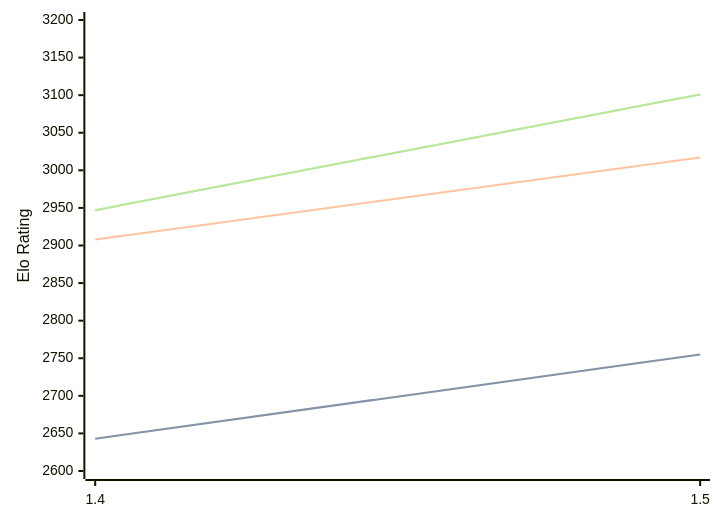
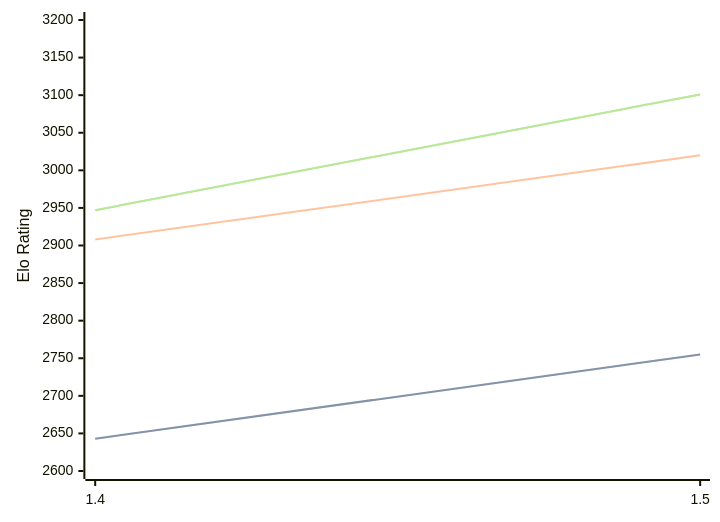
Before and after one commit to computer-chess-index/cci: the diagram in engines/Yakka.md, drawn with Mermaid. The commit also changed other lines of this file, not shown here.

````diff
--- a/engines/Yakka.md
+++ b/engines/Yakka.md
@@ -36,11 +36,11 @@
 ```mermaid
 %%{init: {"theme":"base","themeVariables":{"seriesColors:['#a3a3a3','#222221','#faa371']}}}%%
 xychart-beta
   x-axis ["1.4", "1.5"]
   y-axis "Elo Rating" 2600 --> 3200
   line "STC (8.0+0.08s)" [2643, 2755]
   line "STC (8.0+0.08s)" [2643, 2755]
-  line "LTC (60.0+0.60s)" [2908, 3017]
+  line "LTC (60.0+0.60s)" [2908, 3020]
   line "VLTC (2m24s+1.12s)" [2947, 3101]
   line "VLTC (2m24s+1.12s)" [2947, 3101]
 ```
````
